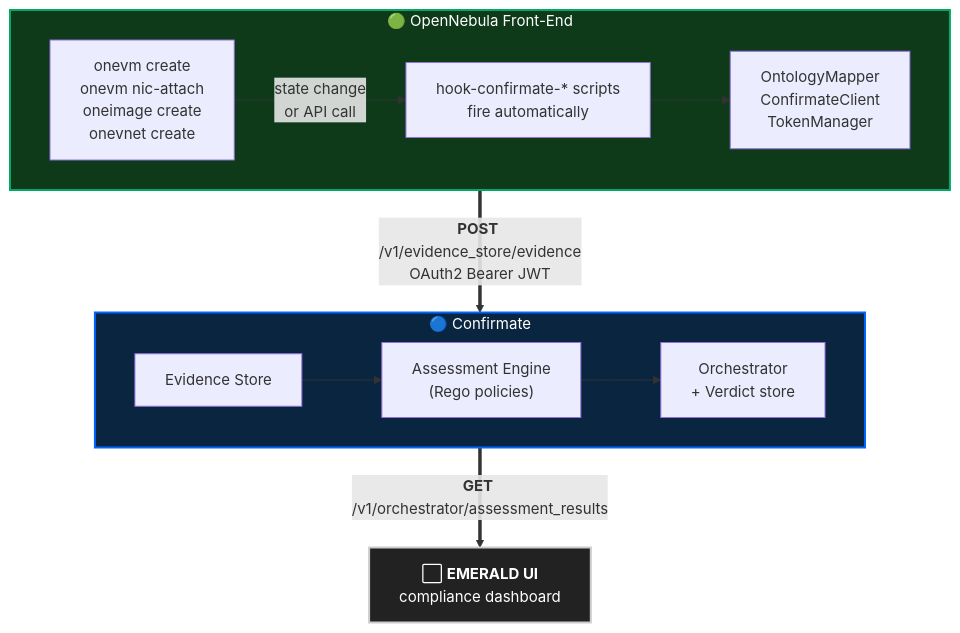
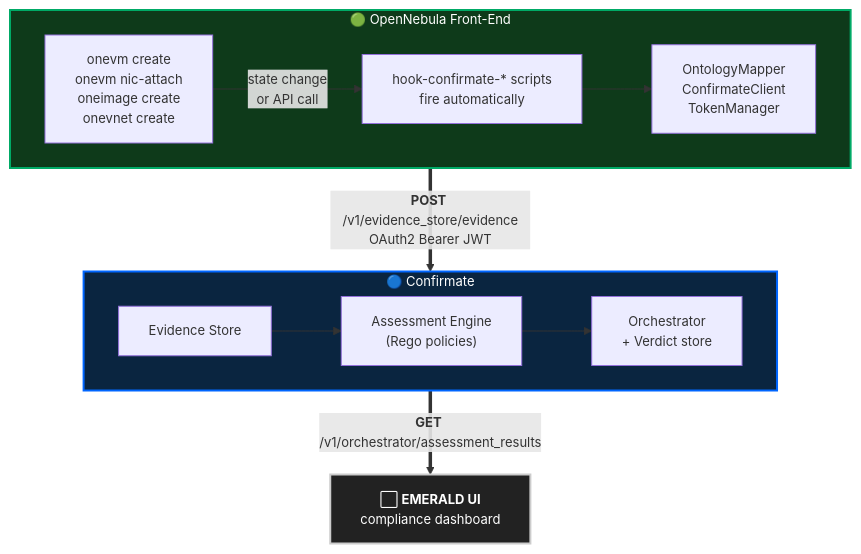
Before and after one commit to pablodelarco/addon-confirmate-evidence: the diagram in README.md, drawn with Mermaid.

Commit message:
Diagram: small size step down (15->13px, tighter spacing)

````diff
--- a/README.md
+++ b/README.md
@@ -24,33 +24,33 @@
 ```mermaid
-%%{init: {"flowchart": {"nodeSpacing": 40, "rankSpacing": 55, "curve": "basis"}, "themeVariables": {"fontSize": "15px"}}}%%
+%%{init: {"flowchart": {"nodeSpacing": 30, "rankSpacing": 45, "curve": "basis"}, "themeVariables": {"fontSize": "13px"}}}%%
 flowchart TB
     subgraph ONE["🟢 OpenNebula Front-End"]
         direction LR
         ACT["onevm create<br/>onevm nic-attach<br/>oneimage create<br/>onevnet create"]
         HOOK["hook-confirmate-* scripts<br/>fire automatically"]
         LIB["OntologyMapper<br/>ConfirmateClient<br/>TokenManager"]
         ACT -->|"state change<br/>or API call"| HOOK
         HOOK --> LIB
     end
 
     subgraph CF["🔵 Confirmate"]
         direction LR
         EV["Evidence Store"]
         AS["Assessment Engine<br/>(Rego policies)"]
         OR["Orchestrator<br/>+ Verdict store"]
         EV --> AS --> OR
     end
 
     UI["⬜ <b>EMERALD UI</b><br/>compliance dashboard"]
 
     LIB ==>|"<b>POST</b> /v1/evidence_store/evidence<br/>OAuth2 Bearer JWT"| EV
     OR ==>|"<b>GET</b> /v1/orchestrator/assessment_results"| UI
 
     classDef oneStyle fill:#0e3a1a,stroke:#0a6,stroke-width:2px,color:#fff
     classDef cfStyle  fill:#0a2540,stroke:#06f,stroke-width:2px,color:#fff
     classDef uiStyle  fill:#222,stroke:#ccc,stroke-width:2px,color:#fff
 
     class ONE oneStyle
     class CF cfStyle
     class UI uiStyle
 ```
````
